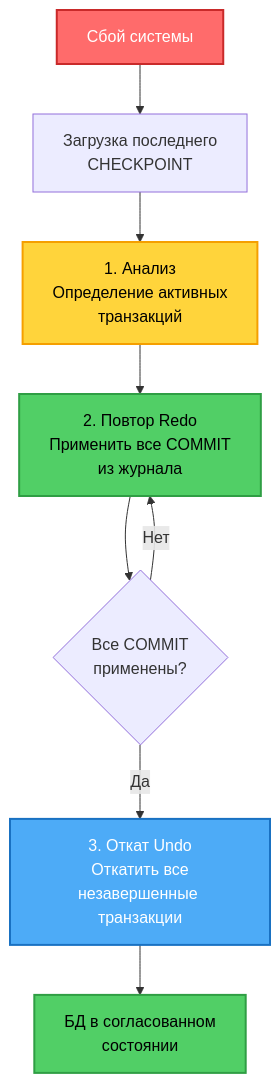
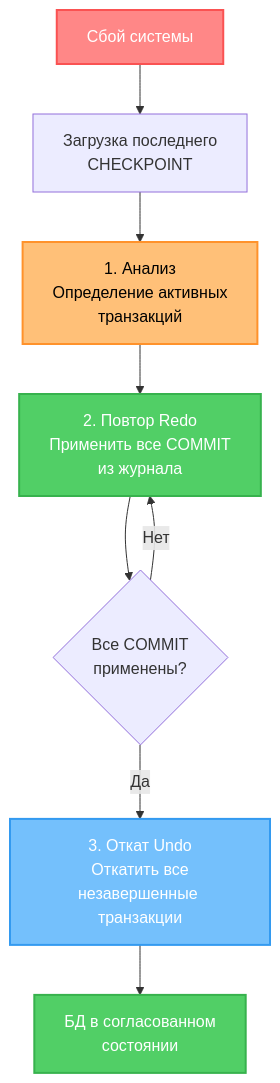
Before and after one commit to alx314vo/db_exam: diagram 14 of 23 in db_exam.md, drawn with Mermaid. The commit also changed other lines of this file, not shown here.

````diff
--- a/db_exam.md
+++ b/db_exam.md
@@ -716,18 +716,18 @@
 ```mermaid
 flowchart TD
     Start[Сбой системы] --> Load[Загрузка последнего<br/>CHECKPOINT]
     Load --> Analysis[1. Анализ<br/>Определение активных<br/>транзакций]
     
     Analysis --> Redo[2. Повтор Redo<br/>Применить все COMMIT<br/>из журнала]
     Redo --> Check{Все COMMIT<br/>применены?}
     Check -->|Нет| Redo
     Check -->|Да| Undo[3. Откат Undo<br/>Откатить все<br/>незавершенные транзакции]
     
     Undo --> Result[БД в согласованном<br/>состоянии]
     
-    style Start fill:#ff6b6b,stroke:#c92a2a,stroke-width:2px,color:#fff
-    style Analysis fill:#ffd43b,stroke:#f59f00,stroke-width:2px,color:#000
-    style Redo fill:#51cf66,stroke:#2f9e44,stroke-width:2px,color:#000
-    style Undo fill:#4dabf7,stroke:#1971c2,stroke-width:2px,color:#fff
-    style Result fill:#51cf66,stroke:#2f9e44,stroke-width:2px,color:#000
+    style Start fill:#ff8787,stroke:#fa5252,stroke-width:2px,color:#fff
+    style Analysis fill:#ffc078,stroke:#ff922b,stroke-width:2px,color:#000
+    style Redo fill:#51cf66,stroke:#37b24d,stroke-width:2px,color:#fff
+    style Undo fill:#74c0fc,stroke:#339af0,stroke-width:2px,color:#fff
+    style Result fill:#51cf66,stroke:#37b24d,stroke-width:2px,color:#fff
 ```
````
